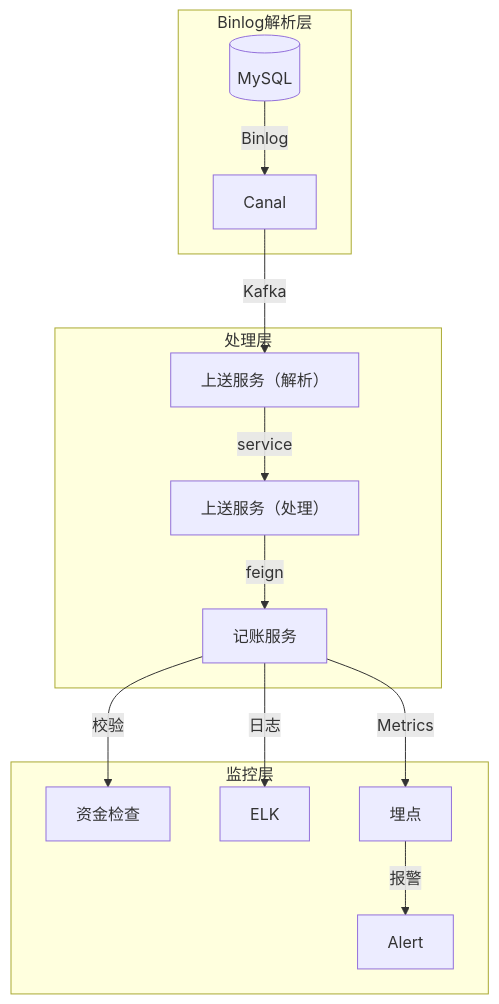
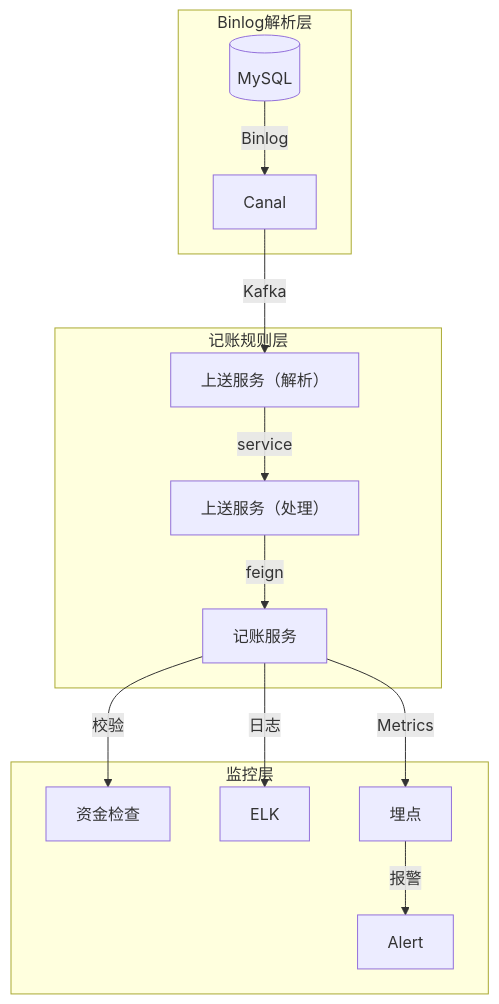
One commit to 87828943/iodraw-files changed the diagram in all/记账架构图.md. Above: the diagram before and after it, drawn with Mermaid.

Commit message:
2025-07-07 14:36:44 update

````diff
--- a/all/记账架构图.md
+++ b/all/记账架构图.md
@@ -1,17 +1,17 @@
 ```mermaid
 graph TB
     subgraph Binlog解析层
         DB[(MySQL)] -->|Binlog| Canal
     end
-    subgraph 处理层
+    subgraph 记账规则层
         Canal -->|Kafka| Parser[上送服务（解析）]
         Parser -->|service| Engine[上送服务（处理）]
         Engine -->|feign| Accounting[记账服务]
     end
     subgraph 监控层
         Accounting --> |校验| 资金检查
         Accounting -->|日志| ELK
         Accounting -->|Metrics| 埋点
         埋点 -->|报警| Alert
     end
 ```
````
